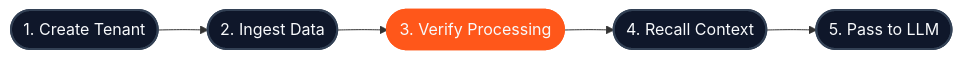
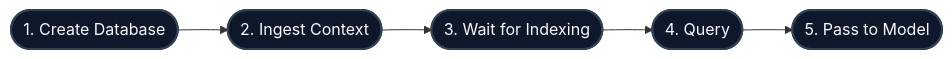
The diagram in get-started/quickstart.mdx (hydra-db/mintlify-docs), drawn with Mermaid before and after one commit. The commit also changed other lines of this file and 193 other files, not shown here.

````diff
--- a/get-started/quickstart.mdx
+++ b/get-started/quickstart.mdx
@@ -14,13 +267,13 @@
 ```mermaid
 flowchart LR
-  A([1. Create Tenant]) --> B([2. Ingest Data])
-  B --> C([3. Verify Processing])
-  C --> D([4. Recall Context])
-  D --> E([5. Pass to LLM])
+  A([1. Create Database]) --> B([2. Ingest Context])
+  B --> C([3. Wait for Indexing])
+  C --> D([4. Query])
+  D --> E([5. Pass to Model])
 
   style A fill:#0f172a,stroke:#334155,stroke-width:2px,color:#f8fafc,stroke-linecap:round
   style B fill:#0f172a,stroke:#334155,stroke-width:2px,color:#f8fafc,stroke-linecap:round
-  style C fill:#FF571A,stroke:#FF571A,stroke-width:2.5px,color:#f8fafc,stroke-linecap:round
+  style C fill:#0f172a,stroke:#334155,stroke-width:2px,color:#f8fafc,stroke-linecap:round
   style D fill:#0f172a,stroke:#334155,stroke-width:2px,color:#f8fafc,stroke-linecap:round
   style E fill:#0f172a,stroke:#334155,stroke-width:2px,color:#f8fafc,stroke-linecap:round
 ```
````
